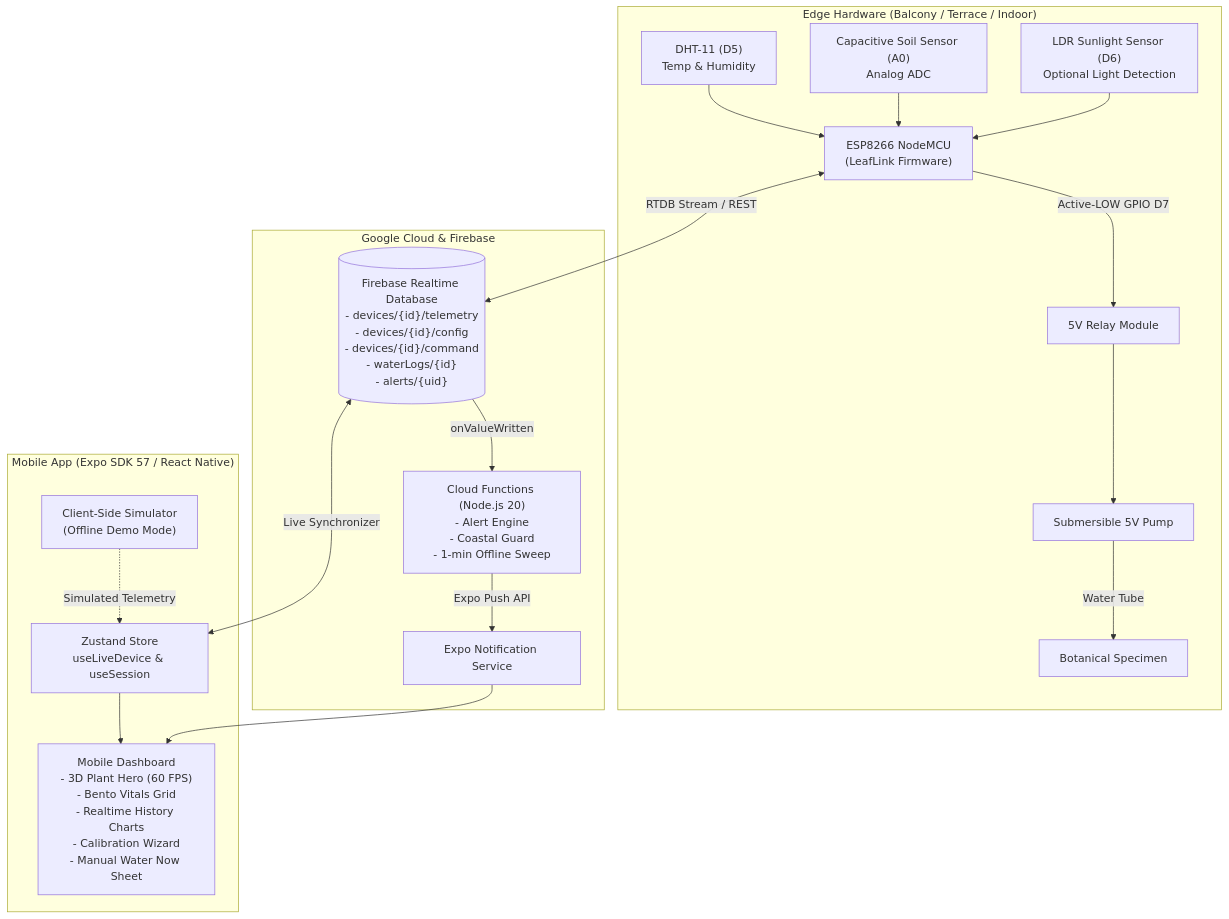
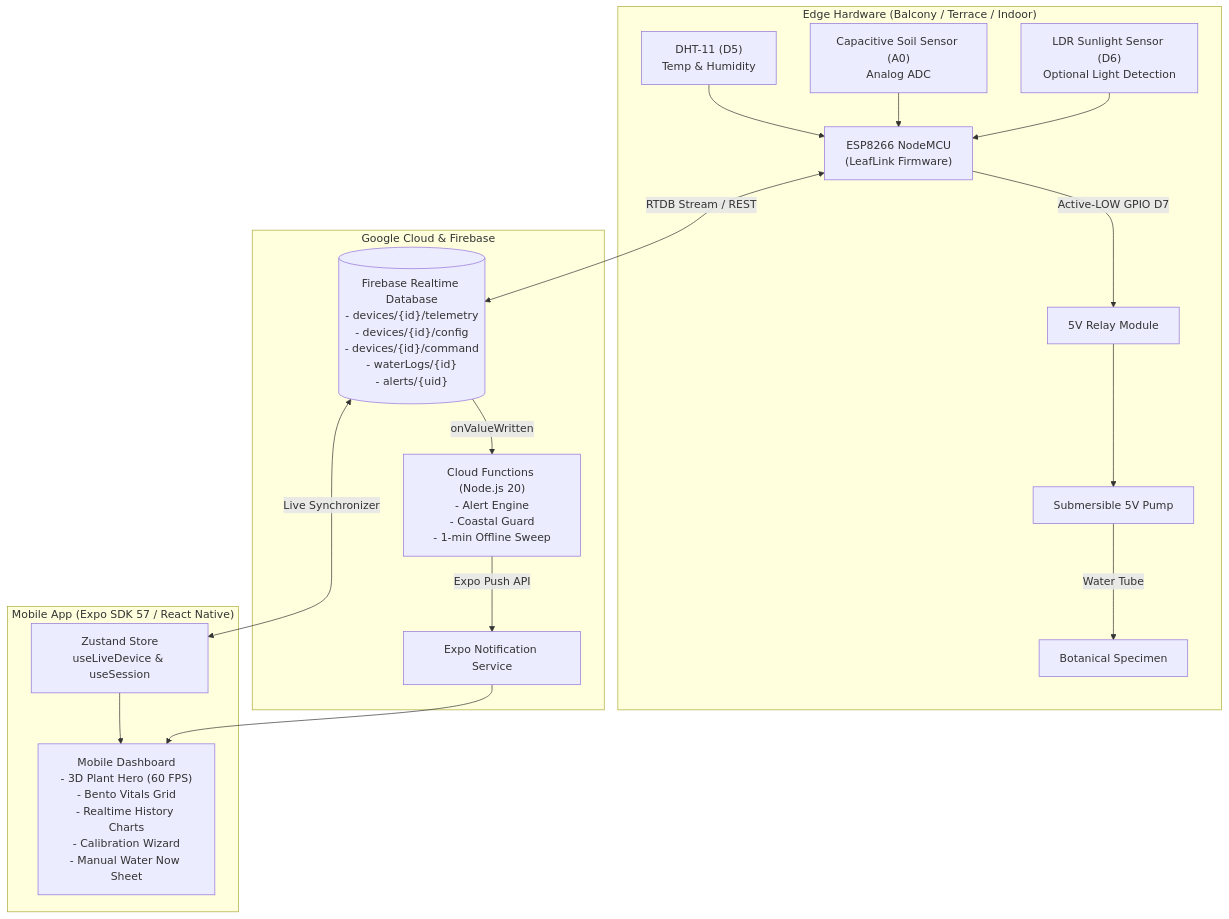
Before and after one commit to RudreshGaonkar/plant-live: the diagram in README.md, drawn with Mermaid. The commit also changed other lines of this file and 61 other files, not shown here.

````diff
--- a/README.md
+++ b/README.md
@@ -24,24 +24,23 @@
 ```mermaid
 graph TD
     subgraph "Edge Hardware (Balcony / Terrace / Indoor)"
         DHT11["DHT-11 (D5)\nTemp & Humidity"] --> ESP["ESP8266 NodeMCU\n(LeafLink Firmware)"]
         SOIL["Capacitive Soil Sensor (A0)\nAnalog ADC"] --> ESP
         LDR["LDR Sunlight Sensor (D6)\nOptional Light Detection"] --> ESP
         ESP -->|Active-LOW GPIO D7| RELAY["5V Relay Module"]
         RELAY --> PUMP["Submersible 5V Pump"]
         PUMP -->|Water Tube| PLANT["Botanical Specimen"]
     end
 
     subgraph "Google Cloud & Firebase"
         ESP <-->|RTDB Stream / REST| RTDB[("Firebase Realtime Database\n- devices/{id}/telemetry\n- devices/{id}/config\n- devices/{id}/command\n- waterLogs/{id}\n- alerts/{uid}")]
         RTDB -->|onValueWritten| CF["Cloud Functions (Node.js 20)\n- Alert Engine\n- Coastal Guard\n- 1-min Offline Sweep"]
         CF -->|Expo Push API| PUSH["Expo Notification Service"]
     end
 
     subgraph "Mobile App (Expo SDK 57 / React Native)"
         RTDB <-->|Live Synchronizer| STORE["Zustand Store\nuseLiveDevice & useSession"]
         STORE --> UI["Mobile Dashboard\n- 3D Plant Hero (60 FPS)\n- Bento Vitals Grid\n- Realtime History Charts\n- Calibration Wizard\n- Manual Water Now Sheet"]
         PUSH --> UI
-        SIM["Client-Side Simulator\n(Offline Demo Mode)"] -.->|Simulated Telemetry| STORE
     end
 ```
````
